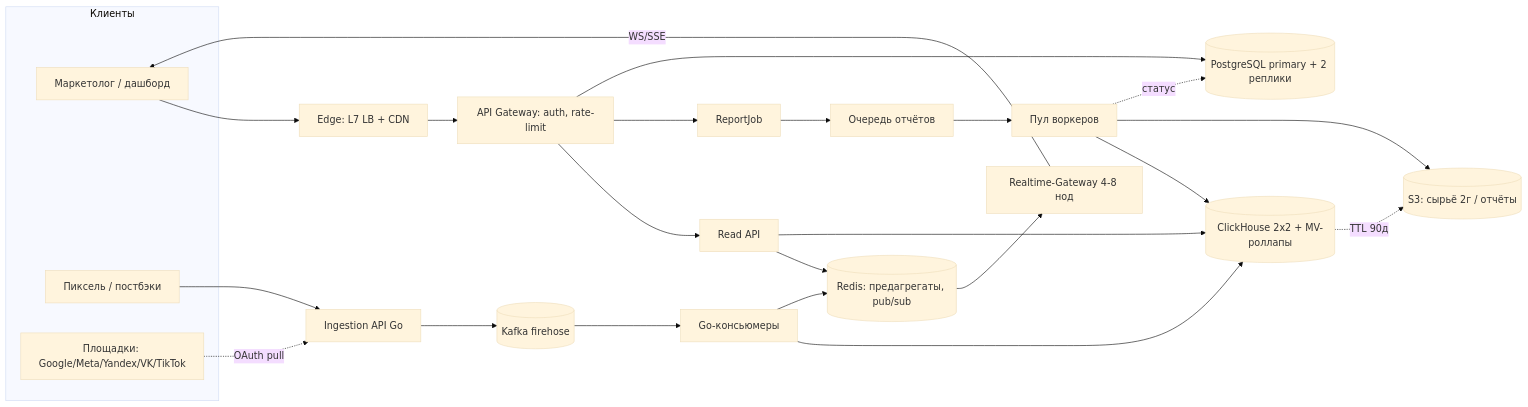
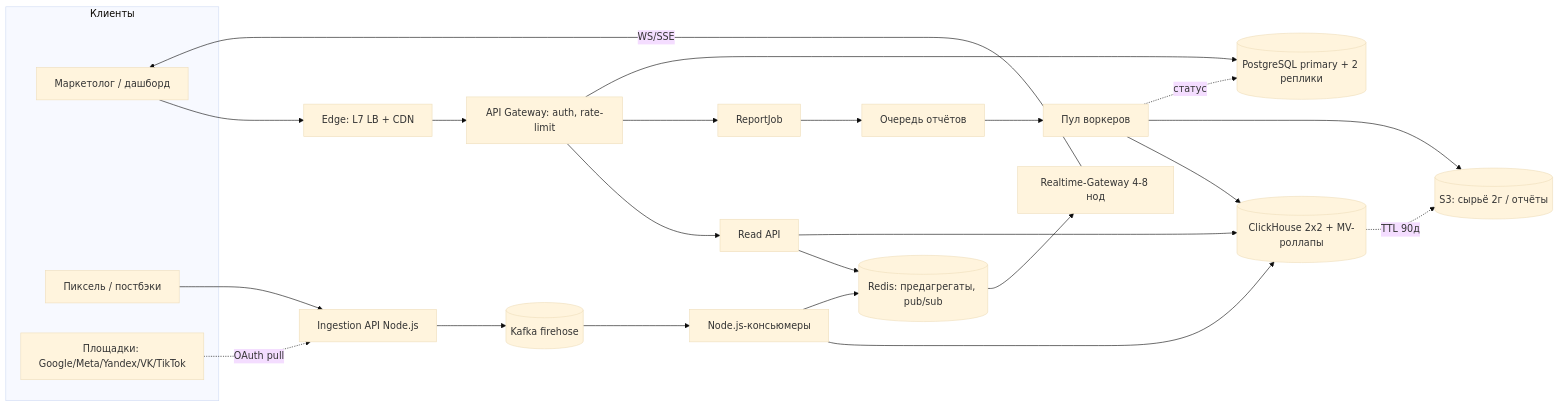
Diagram 20 of 20 in System Design/9. Backend System Design Interview Pipeline (Marketing Dashboard).md (A1doranM/HowProgrammingWork), drawn with Mermaid (base theme) before and after one commit. The commit also changed other lines of this file, not shown here.

````diff
--- a/System Design/9. Backend System Design Interview Pipeline (Marketing Dashboard).md
+++ b/System Design/9. Backend System Design Interview Pipeline (Marketing Dashboard).md
@@ -2689,34 +2689,34 @@
 ```mermaid
 graph LR
     subgraph Clients["Клиенты"]
         U["Маркетолог / дашборд"]
         P["Пиксель / постбэки"]
         ADS["Площадки: Google/Meta/Yandex/VK/TikTok"]
     end
 
     U --> EDGE["Edge: L7 LB + CDN"]
     EDGE --> GW["API Gateway: auth, rate-limit"]
 
-    P --> ING["Ingestion API Go"]
+    P --> ING["Ingestion API Node.js"]
     ADS -.->|"OAuth pull"| ING
 
     ING --> K[("Kafka firehose")]
-    K --> C["Go-консьюмеры"]
+    K --> C["Node.js-консьюмеры"]
     C --> CH[("ClickHouse 2x2 + MV-роллапы")]
     C --> R[("Redis: предагрегаты, pub/sub")]
     CH -.->|"TTL 90д"| S3[("S3: сырьё 2г / отчёты")]
 
     GW --> API["Read API"]
     API --> R
     API --> CH
     R --> RT["Realtime-Gateway 4-8 нод"]
     RT -->|"WS/SSE"| U
 
     GW --> RJ["ReportJob"]
     RJ --> Q["Очередь отчётов"]
     Q --> W["Пул воркеров"]
     W --> CH
     W --> S3
     W -.->|"статус"| PG[("PostgreSQL primary + 2 реплики")]
     GW --> PG
 ```
````
